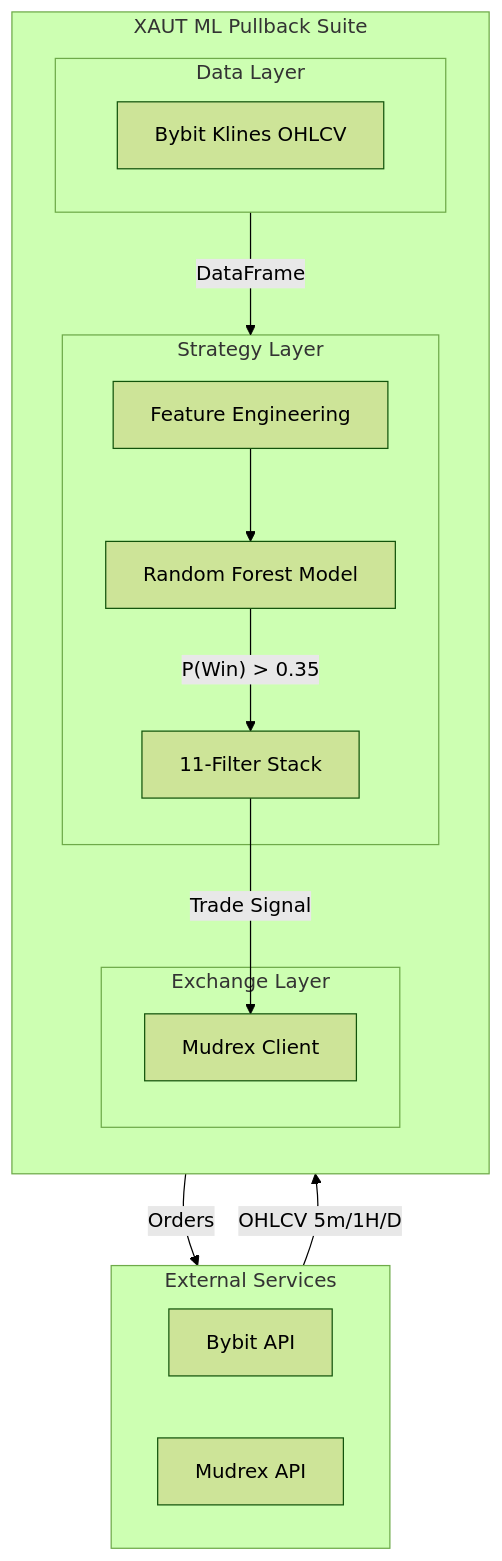
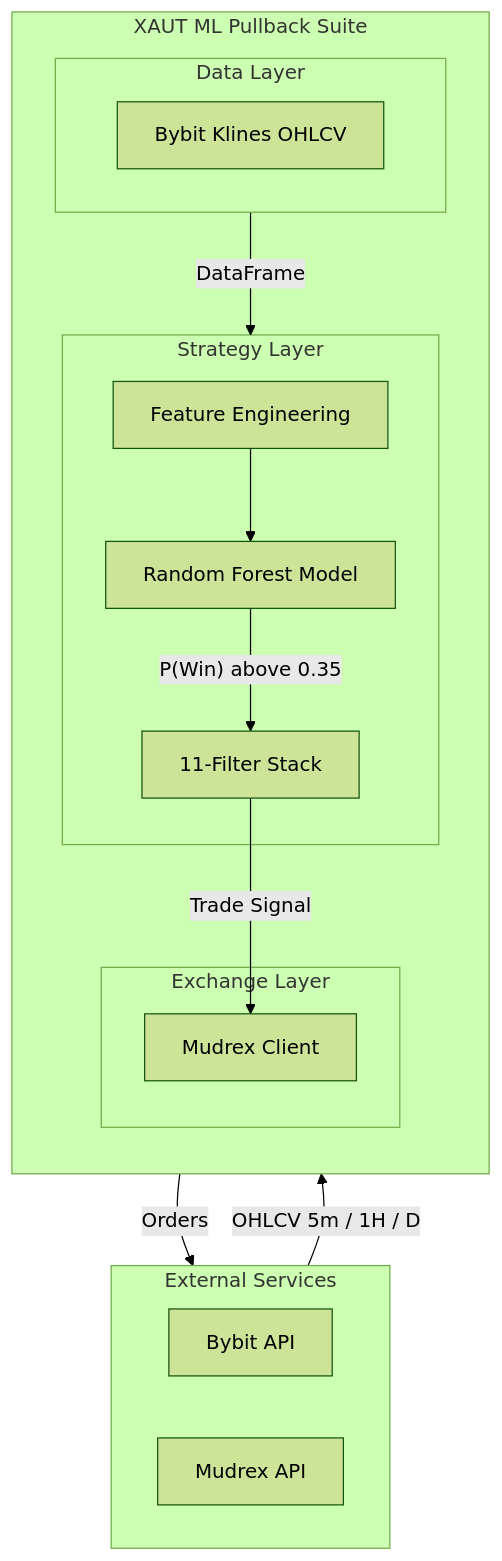
One commit to DecentralizedJM/XAUT-EMA-Pullback-Strategy changed the first of 4 diagrams in README.md. Above: the diagram before and after it, drawn with Mermaid (forest theme). The commit also changed other lines of this file, not shown here.

Commit message:
docs: Fix Mermaid diagrams and remove emojis for professional formatting

````diff
--- a/README.md
+++ b/README.md
@@ -36,32 +36,32 @@
 ```mermaid
 flowchart TB
-    subgraph External [External Services]
-    direction LR
-        Bybit[Bybit API]
-        Mudrex[Mudrex API]
+    subgraph External ["External Services"]
+        direction LR
+        Bybit["Bybit API"]
+        Mudrex["Mudrex API"]
     end
 
-    subgraph Bot [XAUT ML Pullback Suite]
-    direction TB
-        subgraph DataLayer [Data Layer]
-            BybitKlines[Bybit Klines OHLCV]
+    subgraph Bot ["XAUT ML Pullback Suite"]
+        direction TB
+        subgraph DataLayer ["Data Layer"]
+            BybitKlines["Bybit Klines OHLCV"]
         end
 
-        subgraph StrategyLayer [Strategy Layer]
-            ML_Data[Feature Engineering]
-            ML_Model[Random Forest Model]
-            InstitutionalFilters[11-Filter Stack]
+        subgraph StrategyLayer ["Strategy Layer"]
+            ML_Data["Feature Engineering"]
+            ML_Model["Random Forest Model"]
+            InstitutionalFilters["11-Filter Stack"]
         end
 
-        subgraph ExchangeLayer [Exchange Layer]
-            MudrexClient[Mudrex Client]
+        subgraph ExchangeLayer ["Exchange Layer"]
+            MudrexClient["Mudrex Client"]
         end
     end
 
-    Bybit -->|"OHLCV 5m/1H/D"| DataLayer
-    DataLayer -->|"DataFrame"| StrategyLayer
+    Bybit --> |"OHLCV 5m / 1H / D"| DataLayer
+    DataLayer --> |"DataFrame"| StrategyLayer
     ML_Data --> ML_Model
-    ML_Model -->|"P(Win) > 0.35"| InstitutionalFilters
-    InstitutionalFilters -->|"Trade Signal"| MudrexClient
-    MudrexClient -->|"Orders"| Mudrex
+    ML_Model --> |"P(Win) above 0.35"| InstitutionalFilters
+    InstitutionalFilters --> |"Trade Signal"| MudrexClient
+    MudrexClient --> |"Orders"| Mudrex
 ```
````
